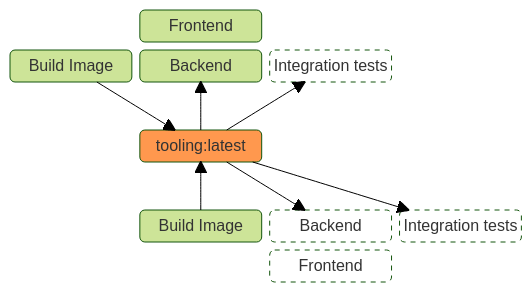
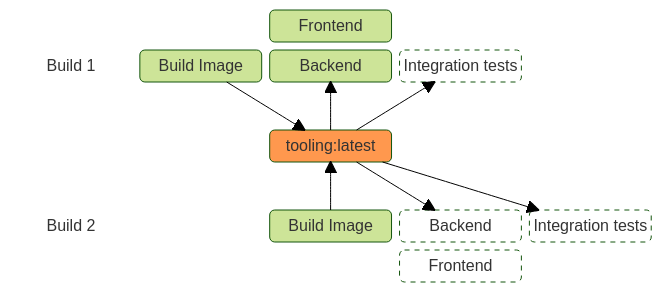
Before and after one commit to Raniz85/talks_pipeline-antipatterns: the second of 3 diagrams in pages/interference.md, drawn with Mermaid (forest theme). The commit also changed other lines of this file and 3 other files, not shown here.

Commit message:
Tweak the interference graphs and add a database illustration

````diff
--- a/pages/interference.md
+++ b/pages/interference.md
@@ -35,22 +41,24 @@
 ```mermaid { theme: 'forest' }
 block-beta
-    columns 4
-    space 1f("Frontend") space:2
-    1bi("Build Image") 1b("Backend") 1it("Integration tests") space
-    space:4
-    space r("tooling:latest") space:2
-    space:4
-    space 2bi("Build Image") 2b("Backend") 2it("Integration tests")
-    space:2 2f("Frontend") space
+    columns 5
+    space:2 1f("Frontend") space:2
+    b1("Build 1") 1bi("Build Image") 1b("Backend") 1it("Integration tests") space
+    space:5
+    space:2 r("tooling:latest") space:2
+    space:5
+    b2("Build 2") space 2bi("Build Image") 2b("Backend") 2it("Integration tests")
+    space:3 2f("Frontend") space
     
     1bi-->r
     2bi-->r
     r-->1b
     r-->1it
     r-->2b
     r-->2it
     
     style r fill: #ff984e
     classDef pending stroke-dasharray: 5 5, fill: #ffffff
     class 1it,2b,2f,2it pending
+    classDef heading fill: #0000, stroke: #0000
+    class b1,b2 heading
 ```
````
